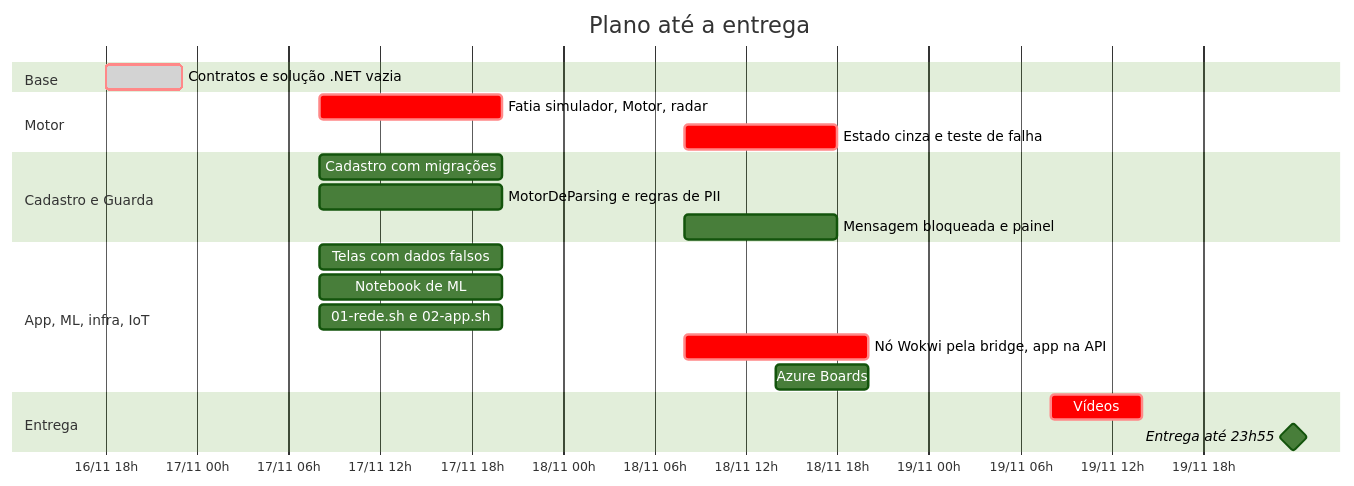
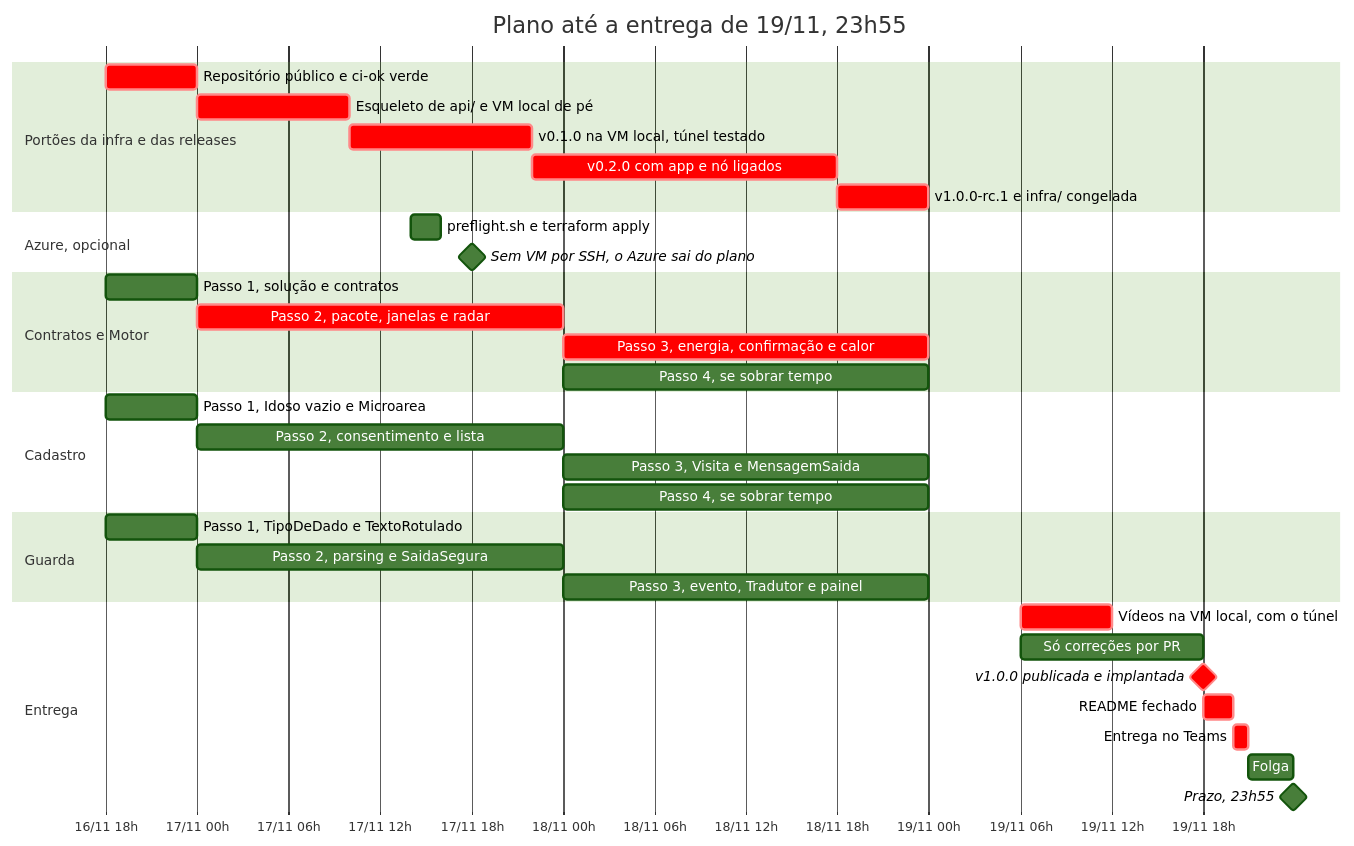
The diagram in docs/arquitetura/diagramas/modelos/gantt.mmd (IamP5/corredor-aceso), drawn with Mermaid (forest theme) before and after one commit. The commit also changed 211 other files, not shown here.

First line of the commit message:
docs(arquitetura): visão geral final, 28 diagramas e índice da pasta

```diff
--- a/docs/arquitetura/diagramas/modelos/gantt.mmd
+++ b/docs/arquitetura/diagramas/modelos/gantt.mmd
@@ -1,25 +1,39 @@
 %% Modelo gantt. Vista: plano dos 3 dias. Regras: sempre todayMarker off (sem ele o SVG muda a cada render),
 %% crit no caminho crítico, uma seção por frente de trabalho, nome da tarefa até 36 caracteres.
+%% Corpo copiado de 26-plano.mmd.
 gantt
-  title Plano até a entrega
+  title Plano até a entrega de 19/11, 23h55
   dateFormat YYYY-MM-DD HH:mm
   axisFormat %d/%m %Hh
   todayMarker off
-  section Base
-    Contratos e solução .NET vazia     :crit, done, base, 2026-11-16 18:00, 5h
-  section Motor
-    Fatia simulador, Motor, radar      :crit, fatia, 2026-11-17 08:00, 12h
-    Estado cinza e teste de falha      :crit, 2026-11-18 08:00, 10h
-  section Cadastro e Guarda
-    Cadastro com migrações             :2026-11-17 08:00, 12h
-    MotorDeParsing e regras de PII     :2026-11-17 08:00, 12h
-    Mensagem bloqueada e painel        :2026-11-18 08:00, 10h
-  section App, ML, infra, IoT
-    Telas com dados falsos             :2026-11-17 08:00, 12h
-    Notebook de ML                     :2026-11-17 08:00, 12h
-    01-rede.sh e 02-app.sh             :2026-11-17 08:00, 12h
-    Nó Wokwi pela bridge, app na API   :crit, 2026-11-18 08:00, 12h
-    Azure Boards                       :2026-11-18 14:00, 6h
+  section Portões da infra e das releases
+    Repositório público e ci-ok verde      :crit, p1, 2026-11-16 18:00, 2026-11-16 23:59
+    Esqueleto de api/ e VM local de pé     :crit, p2, 2026-11-16 23:59, 2026-11-17 10:00
+    v0.1.0 na VM local, túnel testado      :crit, p3, 2026-11-17 10:00, 2026-11-17 22:00
+    v0.2.0 com app e nó ligados            :crit, p4, 2026-11-17 22:00, 2026-11-18 18:00
+    v1.0.0-rc.1 e infra/ congelada         :crit, p5, 2026-11-18 18:00, 2026-11-18 23:59
+  section Azure, opcional
+    preflight.sh e terraform apply         :az, 2026-11-17 14:00, 2026-11-17 16:00
+    Sem VM por SSH, o Azure sai do plano   :milestone, 2026-11-17 18:00, 0h
+  section Contratos e Motor
+    Passo 1, solução e contratos           :m1, 2026-11-16 18:00, 2026-11-16 23:59
+    Passo 2, pacote, janelas e radar       :crit, m2, 2026-11-17 00:00, 24h
+    Passo 3, energia, confirmação e calor  :crit, m3, 2026-11-18 00:00, 24h
+    Passo 4, se sobrar tempo               :m4, 2026-11-18 00:00, 24h
+  section Cadastro
+    Passo 1, Idoso vazio e Microarea       :c1, 2026-11-16 18:00, 2026-11-16 23:59
+    Passo 2, consentimento e lista         :c2, 2026-11-17 00:00, 24h
+    Passo 3, Visita e MensagemSaida        :c3, 2026-11-18 00:00, 24h
+    Passo 4, se sobrar tempo               :c4, 2026-11-18 00:00, 24h
+  section Guarda
+    Passo 1, TipoDeDado e TextoRotulado    :g1, 2026-11-16 18:00, 2026-11-16 23:59
+    Passo 2, parsing e SaidaSegura         :g2, 2026-11-17 00:00, 24h
+    Passo 3, evento, Tradutor e painel     :g3, 2026-11-18 00:00, 24h
   section Entrega
-    Vídeos                             :crit, 2026-11-19 08:00, 6h
-    Entrega até 23h55                  :milestone, 2026-11-19 23:55, 0h
+    Vídeos na VM local, com o túnel        :crit, e1, 2026-11-19 06:00, 2026-11-19 12:00
+    Só correções por PR                    :e2, 2026-11-19 06:00, 2026-11-19 18:00
+    v1.0.0 publicada e implantada          :milestone, crit, 2026-11-19 18:00, 0h
+    README fechado                         :crit, e3, 2026-11-19 18:00, 2026-11-19 20:00
+    Entrega no Teams                       :crit, e4, 2026-11-19 20:00, 2026-11-19 21:00
+    Folga                                  :e5, 2026-11-19 21:00, 2026-11-19 23:55
+    Prazo, 23h55                           :milestone, 2026-11-19 23:55, 0h
```
